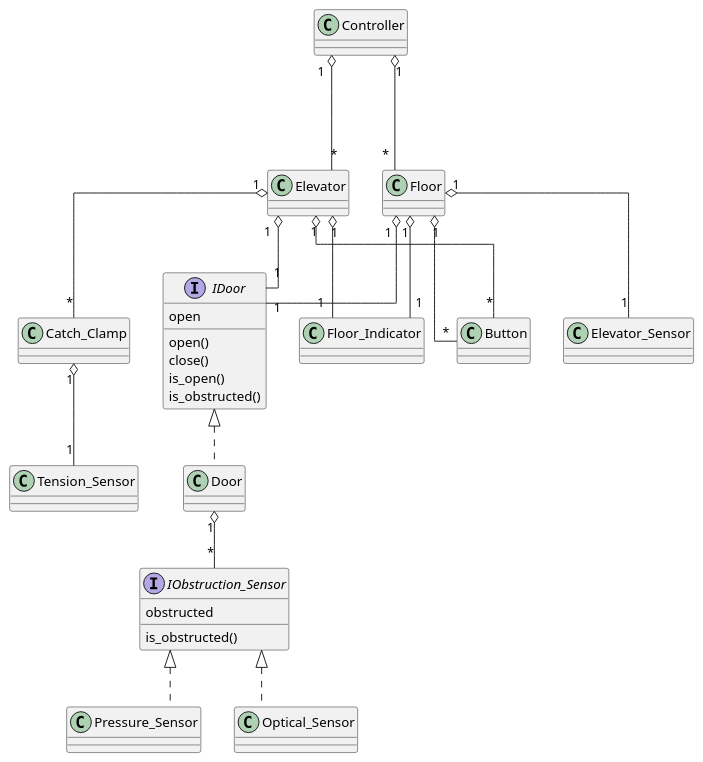
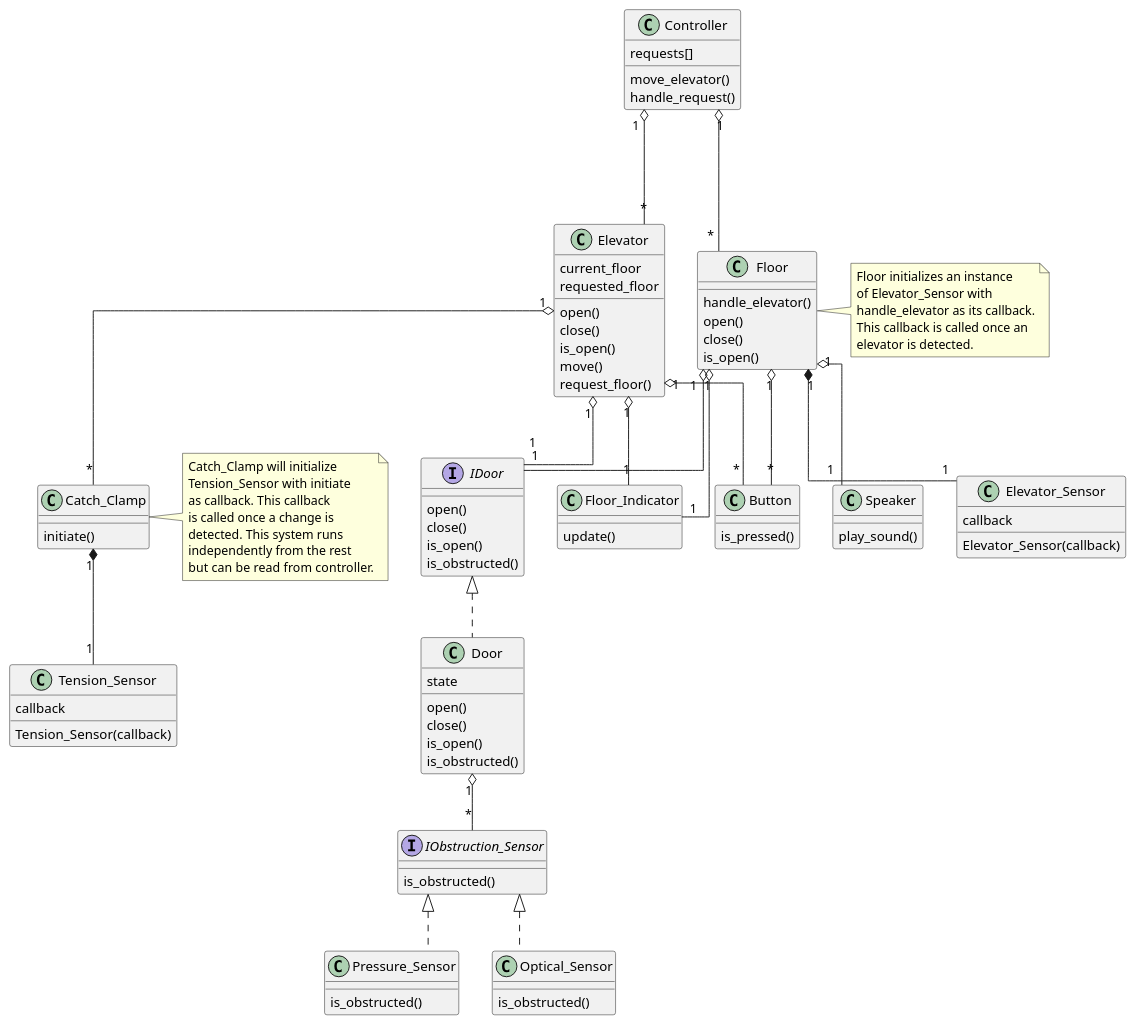
The diagram in software/design/elevator/class_diagram.puml (MarijnVerschuren/Tech), drawn with PlantUML before and after one commit. The commit also changed 98 other files, not shown here.

```diff
--- a/software/design/elevator/class_diagram.puml
+++ b/software/design/elevator/class_diagram.puml
@@ -1,65 +1,105 @@
 @startuml
 skinparam linetype ortho
 
 interface IDoor {
-	open
+	open()
+	close()
+	is_open()
+	is_obstructed()
+}
+interface IObstruction_Sensor {
+	is_obstructed()
+}
+
+class Controller {
+	requests[]
+
+	move_elevator()
+	handle_request()
+}
+class Elevator {
+	current_floor
+	requested_floor
+
+	open()
+	close()
+	is_open()
+	move()
+	request_floor()
+}
+class Floor {
+	handle_elevator()
+	open()
+	close()
+	is_open()
+}
+note right
+Floor initializes an instance
+of Elevator_Sensor with
+handle_elevator as its callback.
+This callback is called once an
+elevator is detected.
+end note
+class Door {
+	state
 
 	open()
 	close()
 	is_open()
 	is_obstructed()
 }
-interface IObstruction_Sensor {
-	obstructed
-
+class Pressure_Sensor {
 	is_obstructed()
 }
-
-class Controller {
-
-}
-class Elevator {
-
-}
-class Door {
-
-}
-class Pressure_Sensor {
-
-}
 class Optical_Sensor {
-
+	is_obstructed()
 }
 class Tension_Sensor {
-
+	callback
+	Tension_Sensor(callback)
 }
 class Catch_Clamp {
-
+	initiate()
 }
+note left
+Catch_Clamp will initialize
+Tension_Sensor with initiate
+as callback. This callback
+is called once a change is
+detected. This system runs
+independently from the rest
+but can be read from controller.
+end note
 class Floor_Indicator {
-
+	update()
 }
 class Elevator_Sensor {
+	callback
 
+	Elevator_Sensor(callback)
 }
 class Button {
-
+	is_pressed()
+}
+class Speaker {
+	play_sound()
 }
 
 Controller			"1" o--- "*"	Floor
 Controller			"1" o--- "*"	Elevator
 IDoor					<|..		Door
 Elevator			"1" o-- "1"		IDoor
 Floor				"1" o-- "1"		IDoor
 Door				"1" o-- "*"		IObstruction_Sensor
 IObstruction_Sensor		<|..		Pressure_Sensor
 IObstruction_Sensor		<|..		Optical_Sensor
 Elevator			"1" o-- "1"		Floor_Indicator
 Floor				"1" o-- "1"		Floor_Indicator
 Elevator			"1" o-- "*"		Button
 Floor				"1" o-- "*"		Button
-Floor				"1" o-- "1"		Elevator_Sensor
+Floor				"1" *-- "1"		Elevator_Sensor
+Floor				"1" o-- "1"		Speaker
 Elevator			"1" o-- "*"		Catch_Clamp
-Catch_Clamp			"1" o-- "1"		Tension_Sensor
+Catch_Clamp			"1" *-- "1"		Tension_Sensor
 
 @enduml
```
